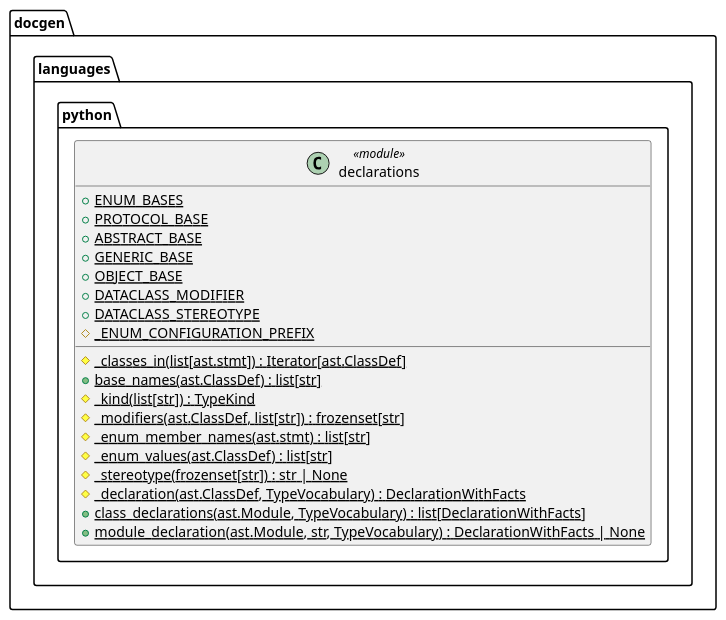
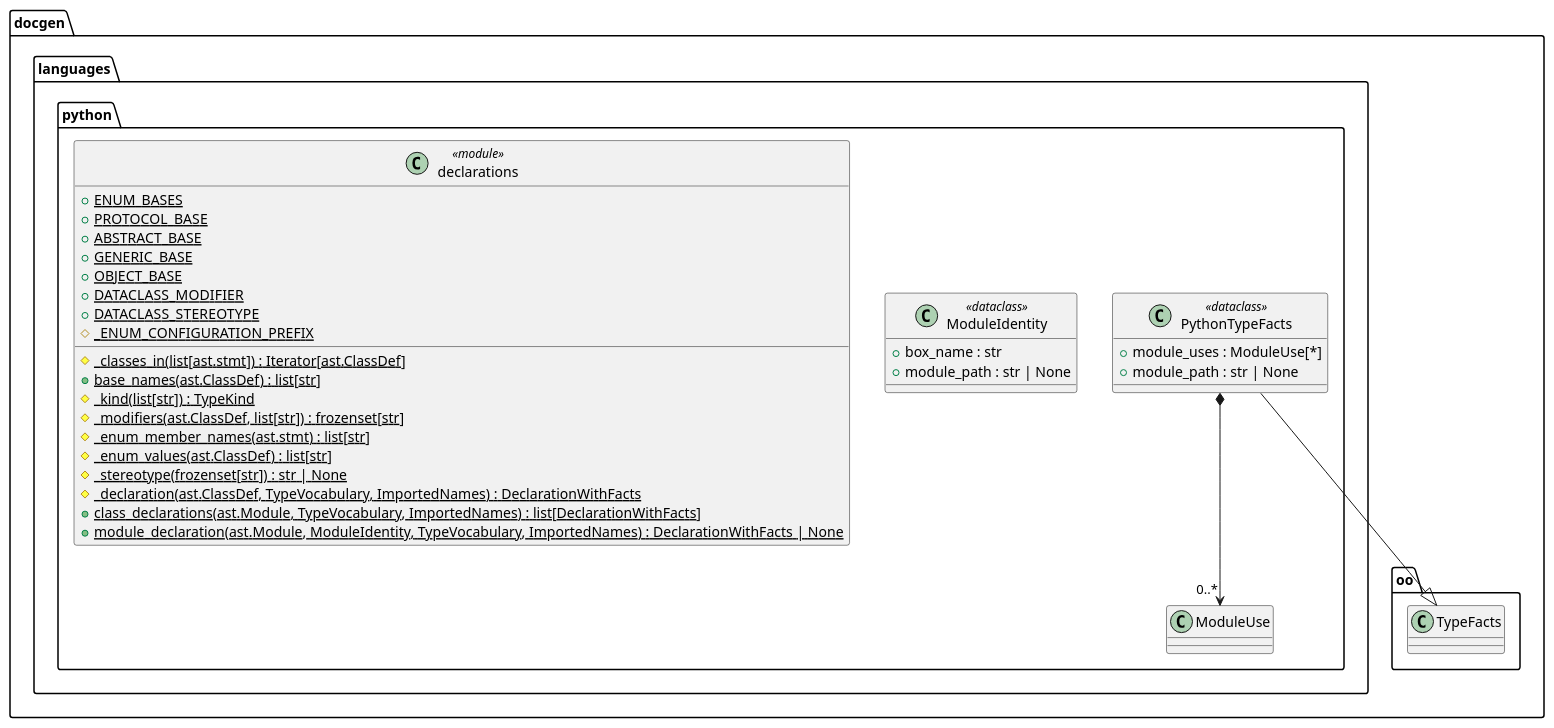
The diagram in docs/Modelisation/Fragments/docgen/languages/python/declarations.puml (Boulede987/DocGeneration), drawn with PlantUML before and after one commit. The commit also changed 100 other files, not shown here.

```diff
--- a/docs/Modelisation/Fragments/docgen/languages/python/declarations.puml
+++ b/docs/Modelisation/Fragments/docgen/languages/python/declarations.puml
@@ -1,22 +1,33 @@
 namespace docgen.languages.python {
+class PythonTypeFacts <<dataclass>> {
+  + module_uses : ModuleUse[*]
+  + module_path : str | None
+}
+class ModuleIdentity <<dataclass>> {
+  + box_name : str
+  + module_path : str | None
+}
 class declarations <<module>> {
   + {static} ENUM_BASES
   + {static} PROTOCOL_BASE
   + {static} ABSTRACT_BASE
   + {static} GENERIC_BASE
   + {static} OBJECT_BASE
   + {static} DATACLASS_MODIFIER
   + {static} DATACLASS_STEREOTYPE
   # {static} _ENUM_CONFIGURATION_PREFIX
   # {static} _classes_in(list[ast.stmt]) : Iterator[ast.ClassDef]
   + {static} base_names(ast.ClassDef) : list[str]
   # {static} _kind(list[str]) : TypeKind
   # {static} _modifiers(ast.ClassDef, list[str]) : frozenset[str]
   # {static} _enum_member_names(ast.stmt) : list[str]
   # {static} _enum_values(ast.ClassDef) : list[str]
   # {static} _stereotype(frozenset[str]) : str | None
-  # {static} _declaration(ast.ClassDef, TypeVocabulary) : DeclarationWithFacts
-  + {static} class_declarations(ast.Module, TypeVocabulary) : list[DeclarationWithFacts]
-  + {static} module_declaration(ast.Module, str, TypeVocabulary) : DeclarationWithFacts | None
+  # {static} _declaration(ast.ClassDef, TypeVocabulary, ImportedNames) : DeclarationWithFacts
+  + {static} class_declarations(ast.Module, TypeVocabulary, ImportedNames) : list[DeclarationWithFacts]
+  + {static} module_declaration(ast.Module, ModuleIdentity, TypeVocabulary, ImportedNames) : DeclarationWithFacts | None
 }
 }
+
+docgen.languages.python.PythonTypeFacts --|> docgen.oo.TypeFacts
+docgen.languages.python.PythonTypeFacts *--> "0..*" docgen.languages.python.ModuleUse
```
